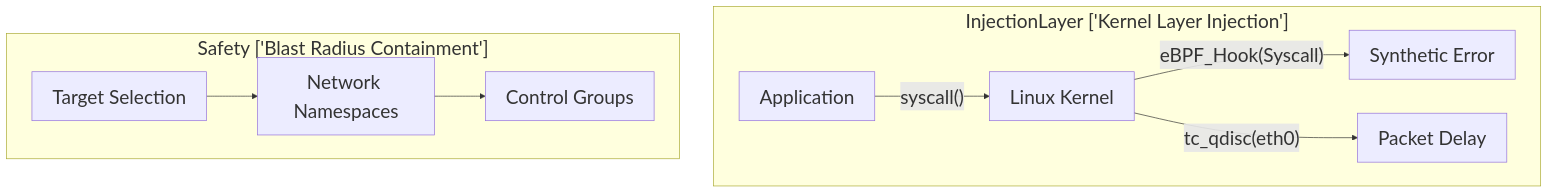
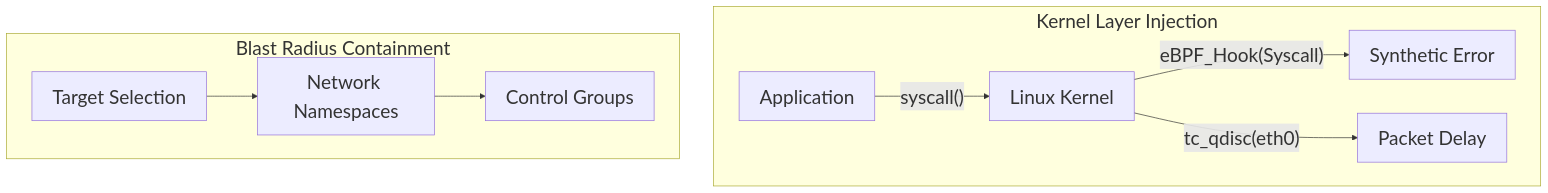
The diagram in skills/site-reliability-engineering/chaos-engineering/SKILL.md (j4flmao/agent-skills), drawn with Mermaid before and after one commit. The commit also changed 38 other files, not shown here.

Commit message:
style(skills): Add padding to Mermaid subgraphs to prevent label overlap with nodes

````diff
--- a/skills/site-reliability-engineering/chaos-engineering/SKILL.md
+++ b/skills/site-reliability-engineering/chaos-engineering/SKILL.md
@@ -14,13 +14,13 @@
 ```mermaid
 flowchart TD
 %%{init: {"theme": "default", "themeVariables": {"fontSize": "28px"}, "flowchart": {"useMaxWidth": false}}}%%
-    subgraph InjectionLayerKernelLayerInjection ["InjectionLayer ['Kernel Layer Injection']"]
+    subgraph InjectionLayerKernelLayerInjection ["Kernel Layer Injection<br/>"]
         App[Application] -->|"syscall()"| Kernel[Linux Kernel]
         Kernel -->|"eBPF_Hook(Syscall)"| ErrorGen[Synthetic Error]
         Kernel -->|"tc_qdisc(eth0)"| NetDelay[Packet Delay]
     end
-    subgraph SafetyBlastRadiusContainment ["Safety ['Blast Radius Containment']"]
+    subgraph SafetyBlastRadiusContainment ["Blast Radius Containment<br/>"]
         Target[Target Selection] --> Namespace[Network Namespaces]
         Namespace --> CGroups[Control Groups]
     end
 ```
````
